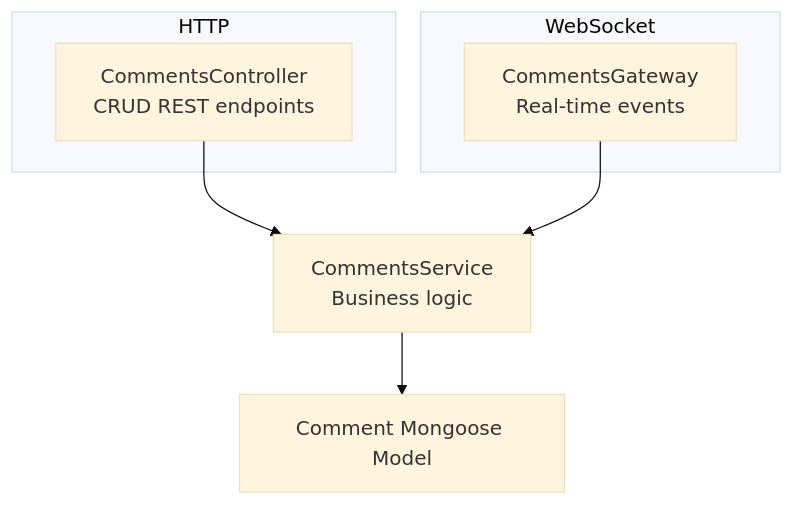
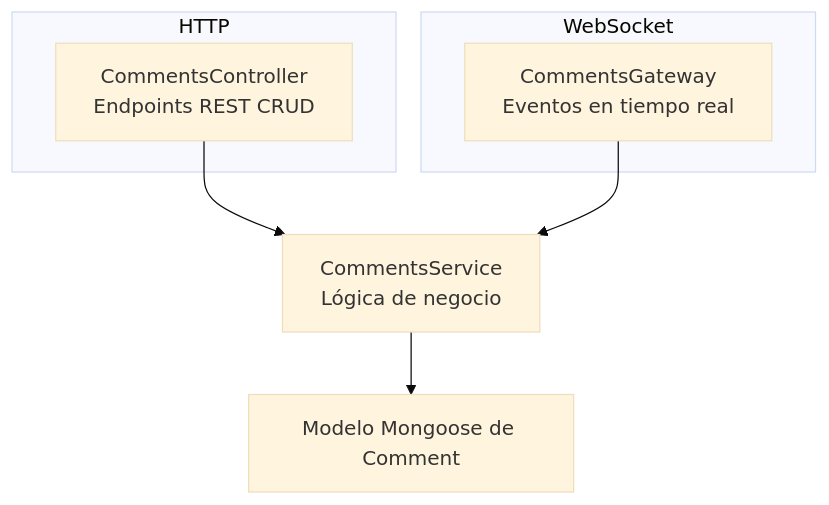
Before and after one commit to Byroncl/laboratory-reviews: the diagram in docs-post-message/docs/backend/modules/comments.md, drawn with Mermaid (base theme). The commit also changed other lines of this file and 17 other files, not shown here.

Commit message:
refactor: implement clean architecture patterns with domains, repositories, use cases, constants, and comprehensive tests

````diff
--- a/docs-post-message/docs/backend/modules/comments.md
+++ b/docs-post-message/docs/backend/modules/comments.md
@@ -13,17 +13,17 @@
 ```mermaid
 graph TB
     subgraph "HTTP"
-        Controller["CommentsController<br/>CRUD REST endpoints"]
+        Controller["CommentsController<br/>Endpoints REST CRUD"]
     end
     
     subgraph "WebSocket"
-        Gateway["CommentsGateway<br/>Real-time events"]
+        Gateway["CommentsGateway<br/>Eventos en tiempo real"]
     end
     
-    Service["CommentsService<br/>Business logic"]
-    Model["Comment Mongoose Model"]
+    Service["CommentsService<br/>Lógica de negocio"]
+    Model["Modelo Mongoose de Comment"]
     
     Controller --> Service
     Gateway --> Service
     Service --> Model
 ```
````
